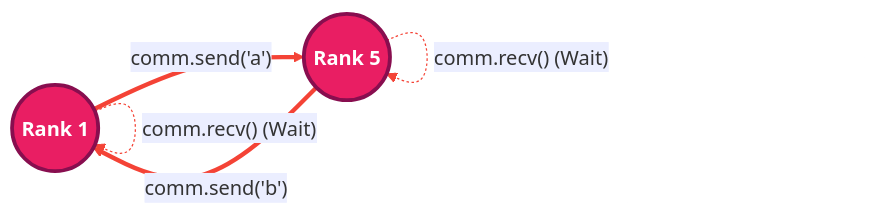
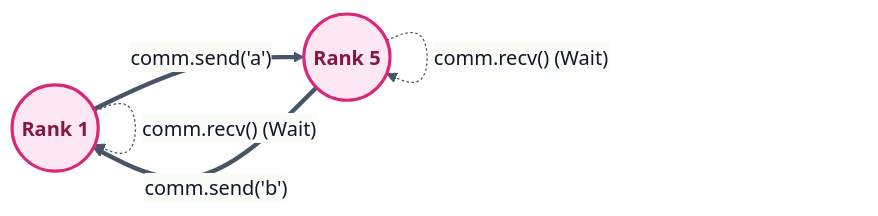
One commit to RameenAnwar/PDC-SP26-SE changed the third of 8 diagrams in SyedMuhammadHuzaifaAshrafi-(23FA-035-SE)/Chapter04/README.md. Above: the diagram before and after it, drawn with Mermaid. The commit also changed other lines of this file and 5 other files, not shown here.

````diff
--- a/SyedMuhammadHuzaifaAshrafi-(23FA-035-SE)/Chapter04/README.md
+++ b/SyedMuhammadHuzaifaAshrafi-(23FA-035-SE)/Chapter04/README.md
@@ -132,17 +84,17 @@
 ```mermaid
-%%{init: {'theme': 'base', 'themeVariables': { 'lineColor': '#F44336', 'primaryColor': '#FFEBEE' }}}%%
+%%{init: {'theme': 'base', 'themeVariables': { 'lineColor': '#475569', 'primaryColor': '#f8fafc', 'primaryTextColor': '#0f172a', 'primaryBorderColor': '#cbd5e1' }}}%%
 flowchart LR
-    %% Pro Max Deadlock Bypass
-    classDef tActive fill:#E91E63,stroke:#880E4F,stroke-width:3px,color:#FFFFFF,font-weight:bold
-    classDef dead fill:#212121,stroke:#000000,stroke-width:3px,color:#FFFFFF,font-weight:bold
+    %% Premium Deadlock Bypass
+    classDef tActive fill:#fce7f3,stroke:#db2777,stroke-width:2.5px,color:#831843,font-weight:bold
+    classDef thr fill:#e0f2fe,stroke:#0ea5e9,stroke-width:2px,color:#0369a1,font-weight:bold
 
     R1(("Rank 1"))
     R5(("Rank 5"))
     
     R1 == "comm.send('a')" ==> R5
     R5 -. "comm.recv() (Wait)" .-> R5
     R5 == "comm.send('b')" ==> R1
     R1 -. "comm.recv() (Wait)" .-> R1
 
     class R1,R5 tActive
 ```
````
